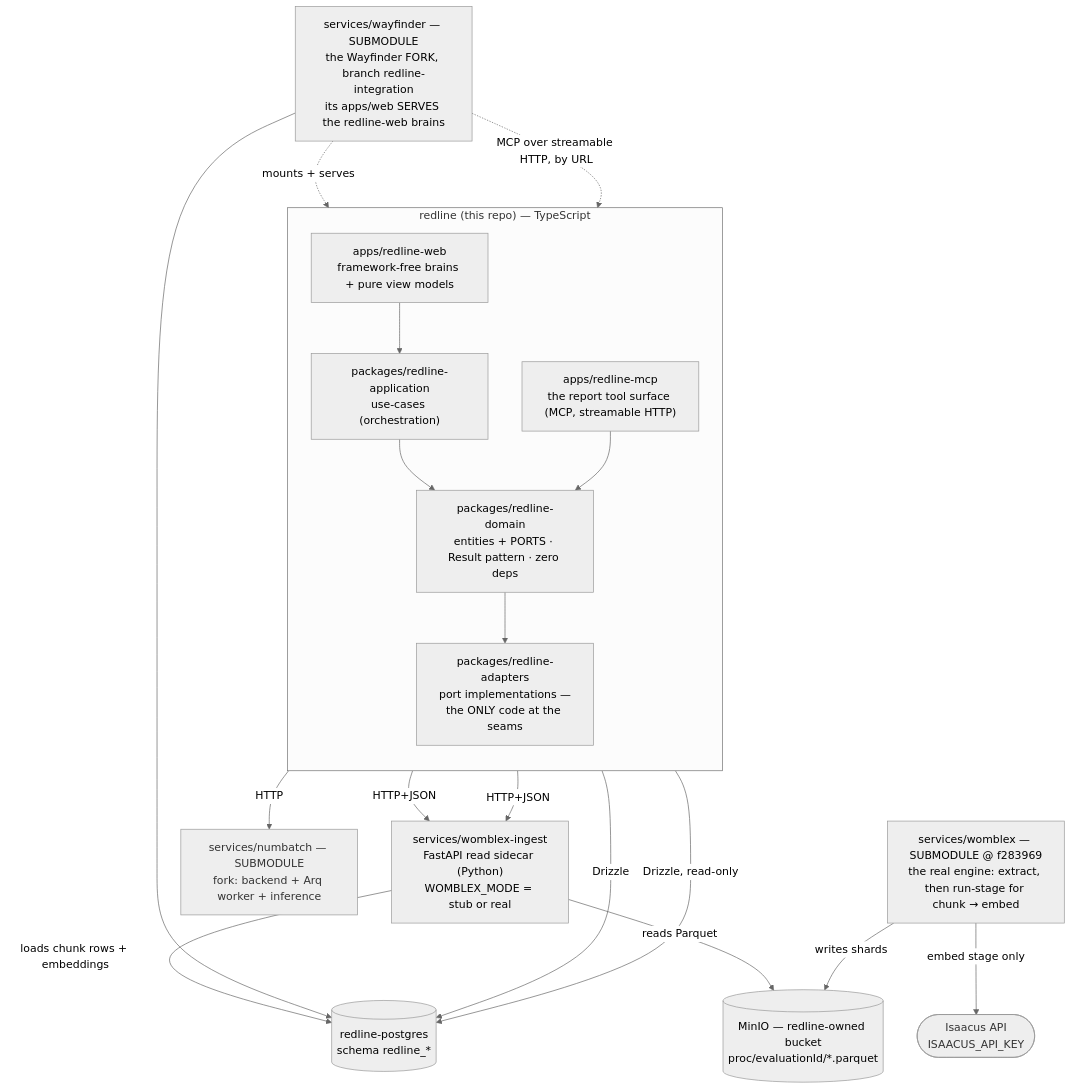
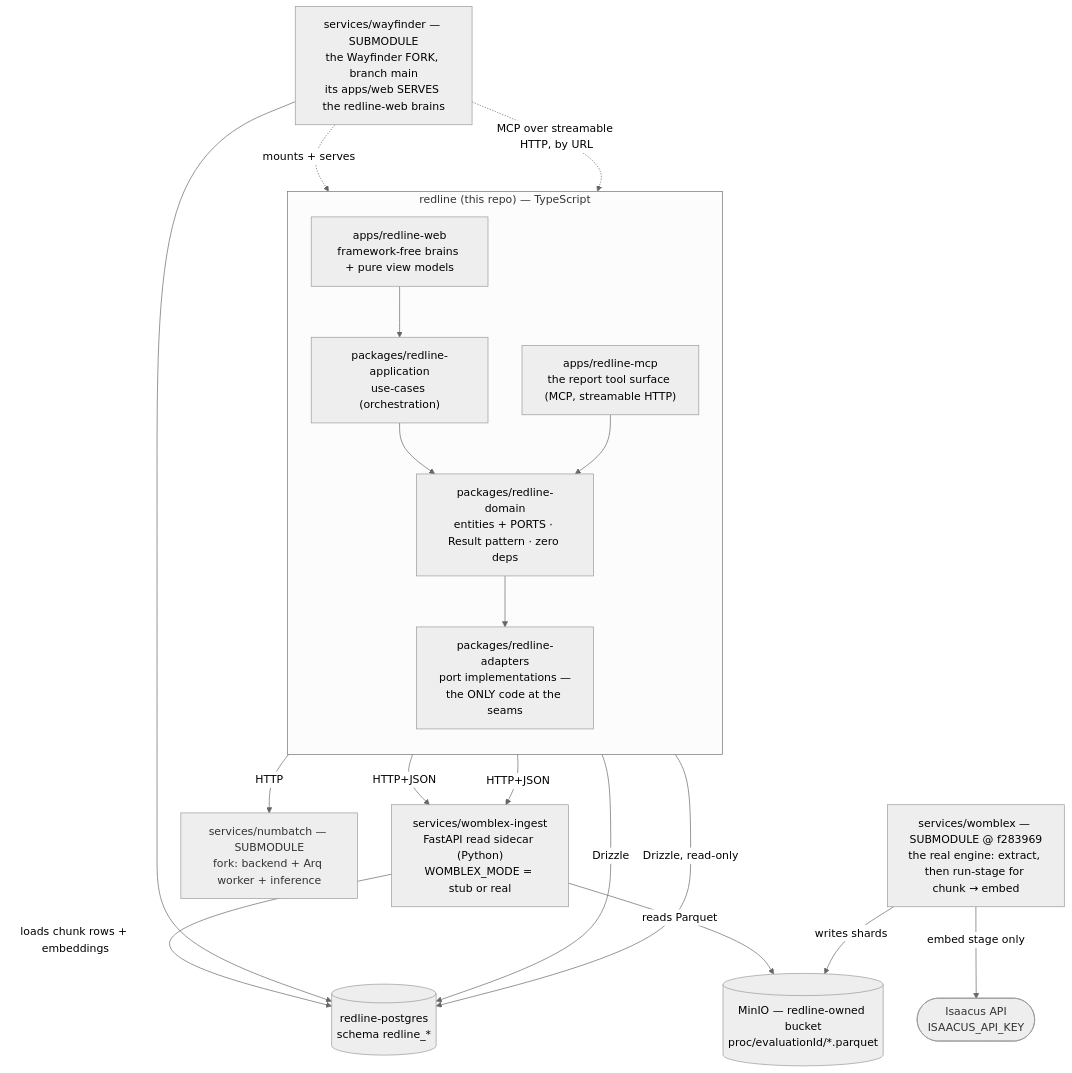
One commit to DeepCivic/Redline changed the first of 2 diagrams in docs/architecture.md. Above: the diagram before and after it, drawn with Mermaid (neutral theme). The commit also changed other lines of this file and 5 other files, not shown here.

First line of the commit message:
Track Wayfinder fork on main; fold report-surface QA into the assembly step

````diff
--- a/docs/architecture.md
+++ b/docs/architecture.md
@@ -97,34 +97,34 @@
 ```mermaid
 flowchart TB
     subgraph rl["redline (this repo) — TypeScript"]
         direction TB
         web["apps/redline-web<br/>framework-free brains + pure view models"]
         mcp["apps/redline-mcp<br/>the report tool surface (MCP, streamable HTTP)"]
         app["packages/redline-application<br/>use-cases (orchestration)"]
         dom["packages/redline-domain<br/>entities + PORTS · Result pattern · zero deps"]
         adp["packages/redline-adapters<br/>port implementations —<br/>the ONLY code at the seams"]
         web --> app --> dom --> adp
         mcp --> dom
     end
 
     adp -->|HTTP+JSON| sidecar["services/womblex-ingest<br/>FastAPI read sidecar (Python)<br/>WOMBLEX_MODE = stub or real"]
     adp -->|HTTP| numbatch["services/numbatch — SUBMODULE<br/>fork: backend + Arq worker + inference"]
     adp -->|Drizzle| pg[("redline-postgres<br/>schema redline_*")]
 
     sidecar -->|reads Parquet| minio[("MinIO — redline-owned bucket<br/>proc/evaluationId/*.parquet")]
     sidecar -->|loads chunk rows + embeddings| pg
     engine["services/womblex — SUBMODULE @ f283969<br/>the real engine: extract, then run-stage for chunk → embed"]
     engine -->|writes shards| minio
     engine -->|embed stage only| isaacus(["Isaacus API<br/>ISAACUS_API_KEY"])
 
     mcp -->|Drizzle, read-only| pg
     mcp -->|HTTP+JSON| sidecar
 
-    fork["services/wayfinder — SUBMODULE<br/>the Wayfinder FORK, branch redline-integration<br/>its apps/web SERVES the redline-web brains"]
+    fork["services/wayfinder — SUBMODULE<br/>the Wayfinder FORK, branch main<br/>its apps/web SERVES the redline-web brains"]
     fork -.->|mounts + serves| web
     fork -.->|MCP over streamable HTTP, by URL| mcp
     fork --> pg
 
     classDef ext fill:#eee,stroke:#999,color:#333
     class isaacus,numbatch ext
 ```
````
